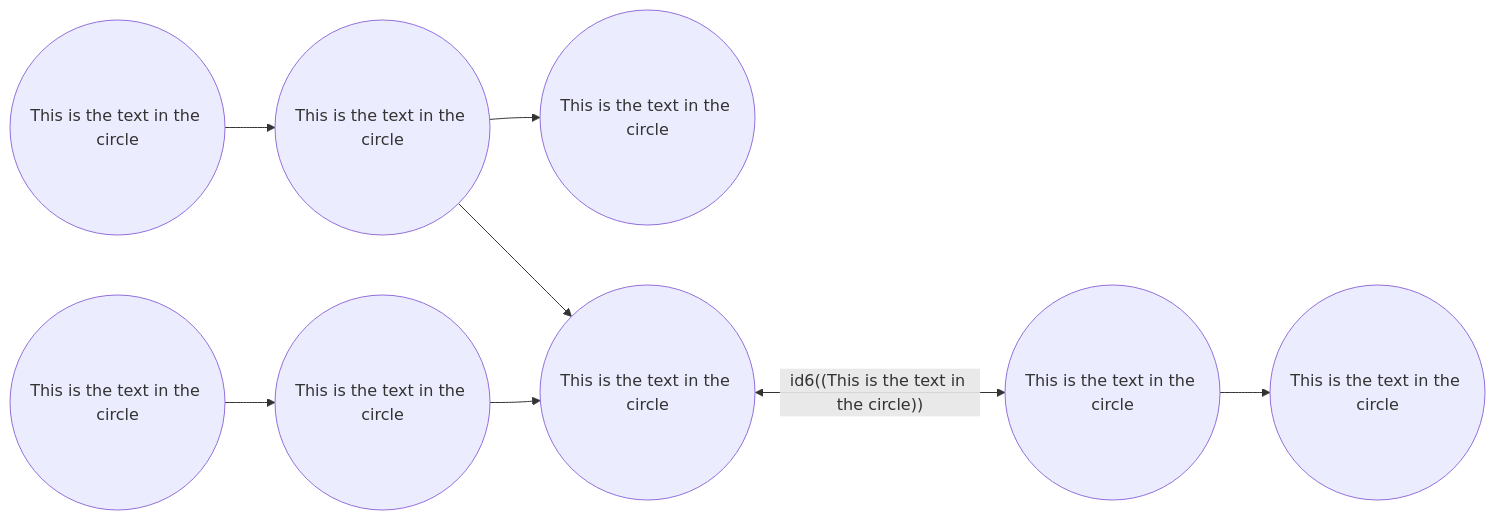
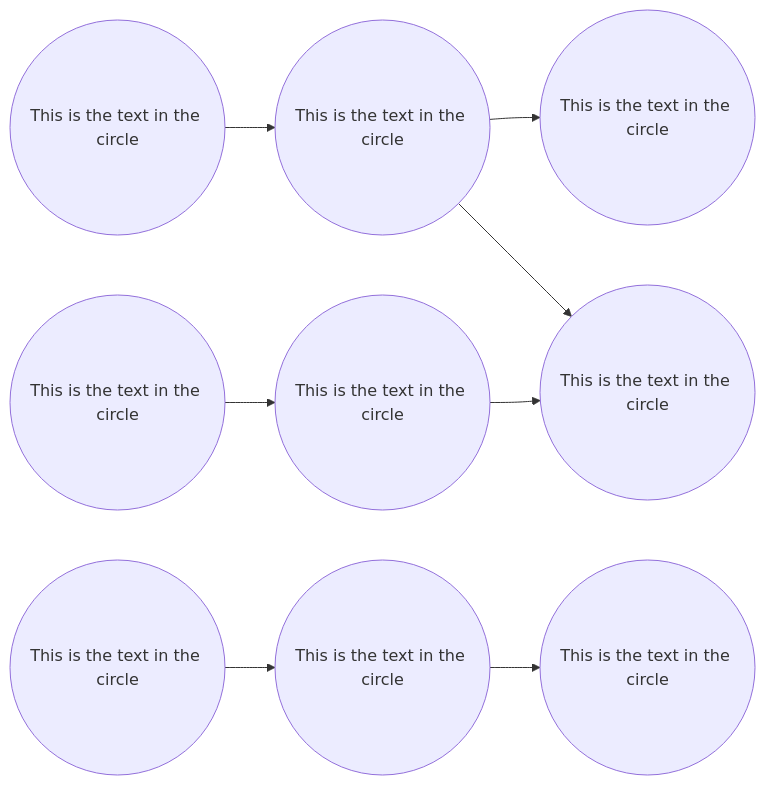
Before and after one commit to gerbssusd/dok: the second of 2 diagrams in slides.md, drawn with Mermaid.

````diff
--- a/slides.md
+++ b/slides.md
@@ -499,15 +499,15 @@
 ```mermaid {scale: .60}
 
 flowchart LR
     id1((This is the text in the circle)) -->
     id2((This is the text in the circle)) -->
     id3((This is the text in the circle))
        id3.1((This is the text in the circle))-->
        id3.2((This is the text in the circle))-->id4
    id2 --> id4((This is the text in the circle)) 
-      <--id6((This is the text in the circle))-->
+      id6((This is the text in the circle))-->
     id5((This is the text in the circle)) -->
    
     id7((This is the text in the circle))
 
 ```
````
